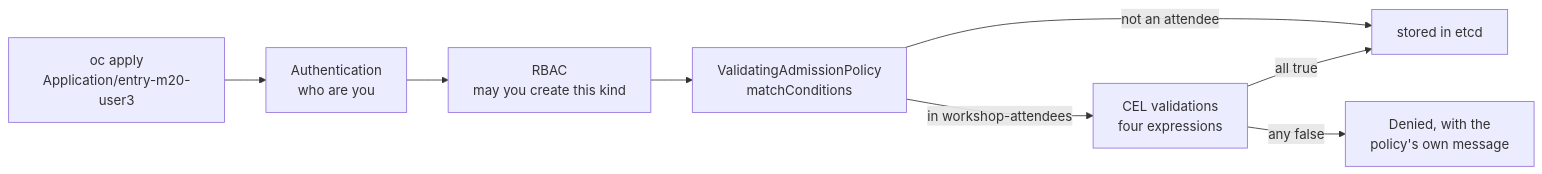
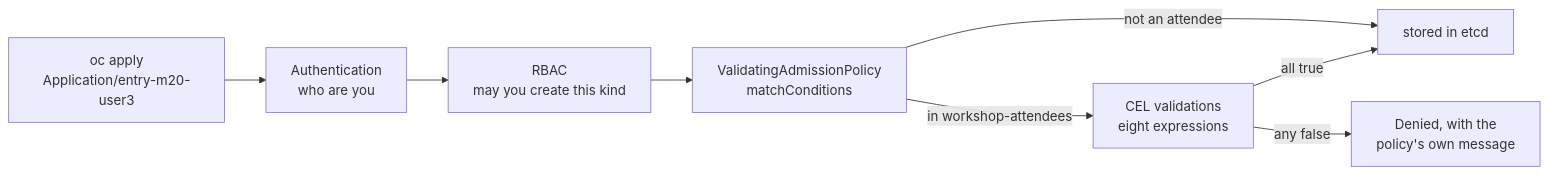
Before and after one commit to serhat-dirik/OCP-Getting-Started-Revamped: the diagram in content/modules/ROOT/examples/diagrams/platform-guardrails/02-admission-gate.mmd, drawn with Mermaid. The commit also changed 12 other files, not shown here.

```diff
--- a/content/modules/ROOT/examples/diagrams/platform-guardrails/02-admission-gate.mmd
+++ b/content/modules/ROOT/examples/diagrams/platform-guardrails/02-admission-gate.mmd
@@ -1,16 +1,16 @@
 %% The admission path an attendee's own `oc apply` takes. Flat on purpose: the sequence IS the
 %% lesson, and a subgraph here would only add a box nobody needs.
 flowchart LR
   req["oc apply<br/>Application/entry-m20-user3"]
   auth["Authentication<br/>who are you"]
   rbac["RBAC<br/>may you create this kind"]
   match["ValidatingAdmissionPolicy<br/>matchConditions"]
-  cel["CEL validations<br/>four expressions"]
+  cel["CEL validations<br/>eight expressions"]
   etcd["stored in etcd"]
   deny["Denied, with the<br/>policy's own message"]
 
   req --> auth --> rbac --> match
   match -->|"not an attendee"| etcd
   match -->|"in workshop-attendees"| cel
   cel -->|"all true"| etcd
   cel -->|"any false"| deny
```
